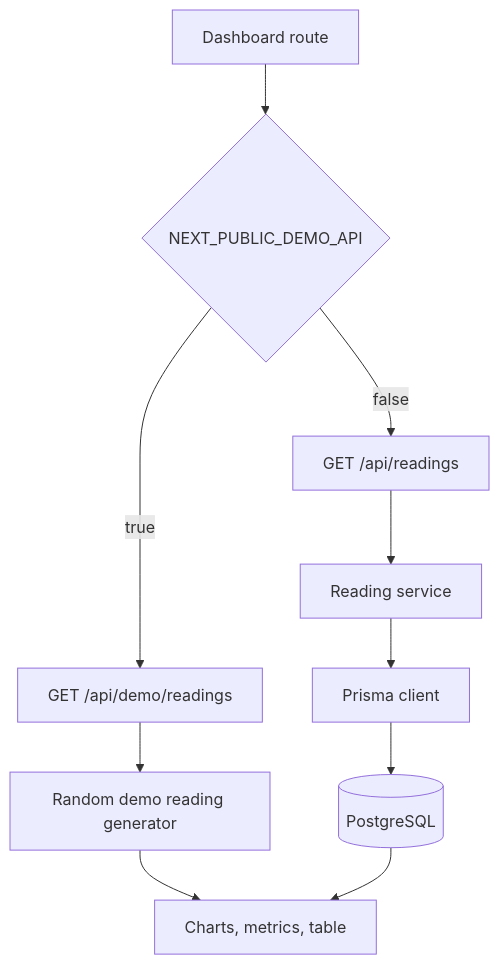
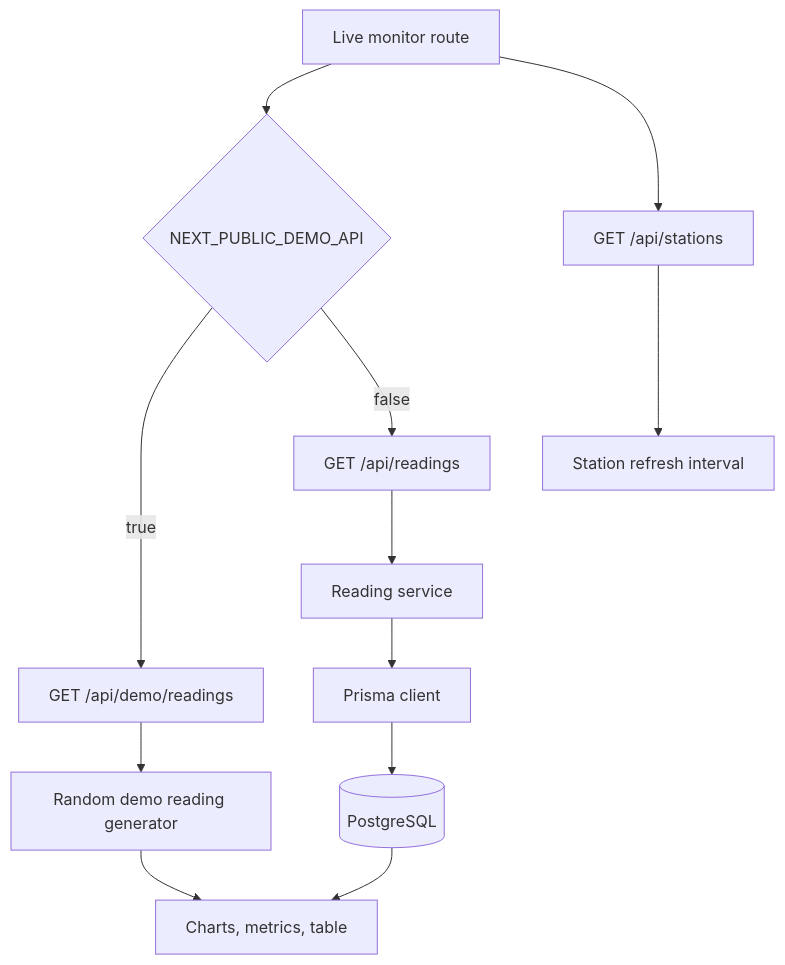
Before and after one commit to Sivothajan/weather-man2: the third of 6 diagrams in docs/diagrams.md, drawn with Mermaid. The commit also changed other lines of this file and 11 other files, not shown here.

````diff
--- a/docs/diagrams.md
+++ b/docs/diagrams.md
@@ -42,13 +48,15 @@
 ```mermaid
 flowchart TB
   Env{NEXT_PUBLIC_DEMO_API}
   Env -->|true| DemoApi[GET /api/demo/readings]
   Env -->|false| ReadApi[GET /api/readings]
-  Dashboard[Dashboard route] --> Env
+  MonitorRoute[Live monitor route] --> Env
+  MonitorRoute --> StationList[GET /api/stations]
+  StationList --> Polling[Station refresh interval]
   DemoApi --> Generator[Random demo reading generator]
   ReadApi --> Service[Reading service]
   Service --> Prisma[Prisma client]
   Prisma --> Database[(PostgreSQL)]
   Generator --> Charts[Charts, metrics, table]
   Database --> Charts
 ```
````
